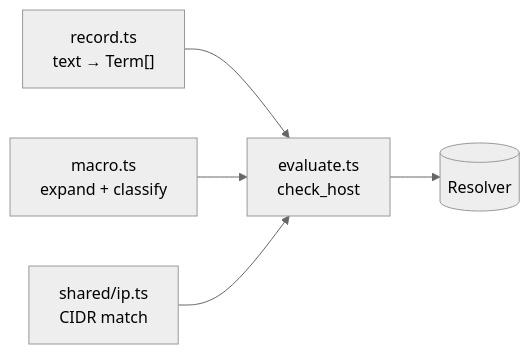
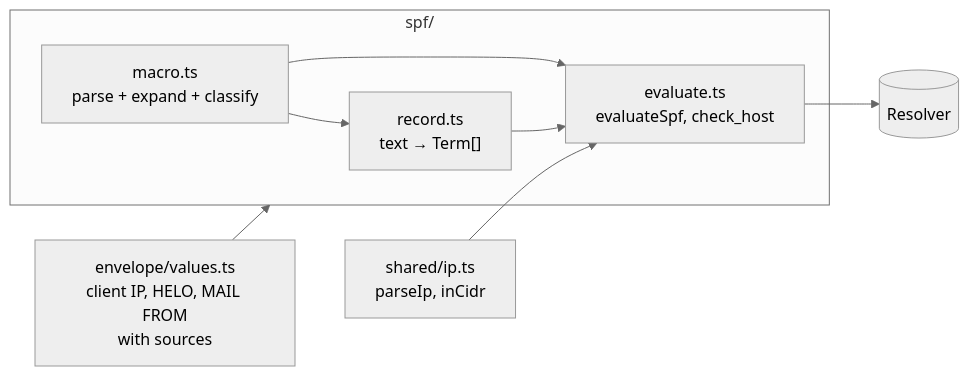
The first of 3 diagrams in docs/explanation/mail-design/spf.md (photom/benchside), drawn with Mermaid (neutral theme) before and after one commit. The commit also changed other lines of this file and 5 other files, not shown here.

````diff
--- a/docs/explanation/mail-design/spf.md
+++ b/docs/explanation/mail-design/spf.md
@@ -7,7 +7,10 @@
 ```mermaid
 flowchart LR
-  rec["record.ts<br/>text → Term[]"] --> ev["evaluate.ts<br/>check_host"]
-  mac["macro.ts<br/>expand + classify"] --> ev
-  ip["shared/ip.ts<br/>CIDR match"] --> ev
+  env["envelope/values.ts<br/>client IP, HELO, MAIL FROM<br/>with sources"] --> spf
+  subgraph spf ["spf/"]
+    rec["record.ts<br/>text → Term[]"] --> ev["evaluate.ts<br/>evaluateSpf, check_host"]
+    mac["macro.ts<br/>parse + expand + classify"] --> rec & ev
+  end
+  ip["shared/ip.ts<br/>parseIp, inCidr"] --> ev
   ev --> dns[(Resolver)]
 ```
````
